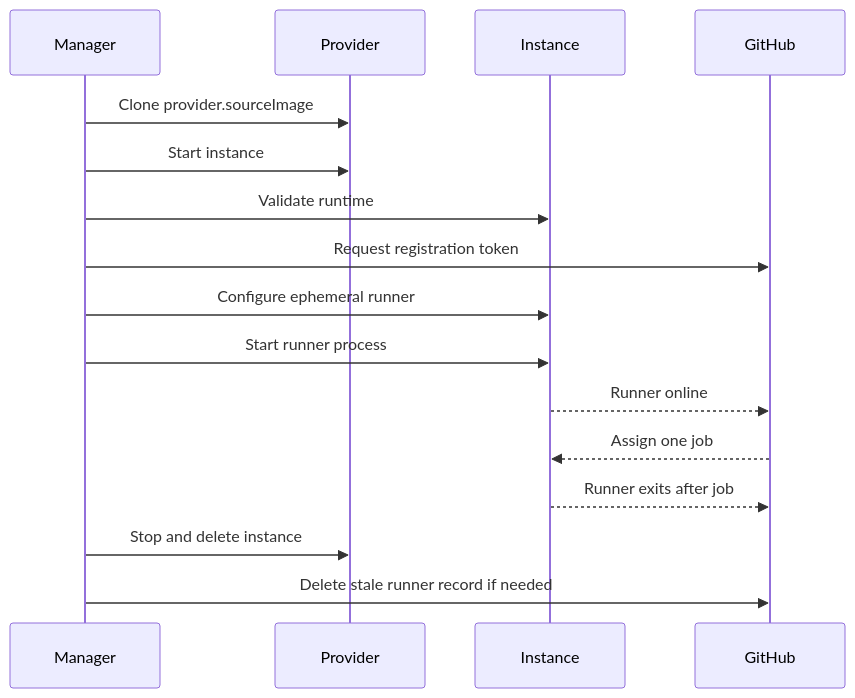
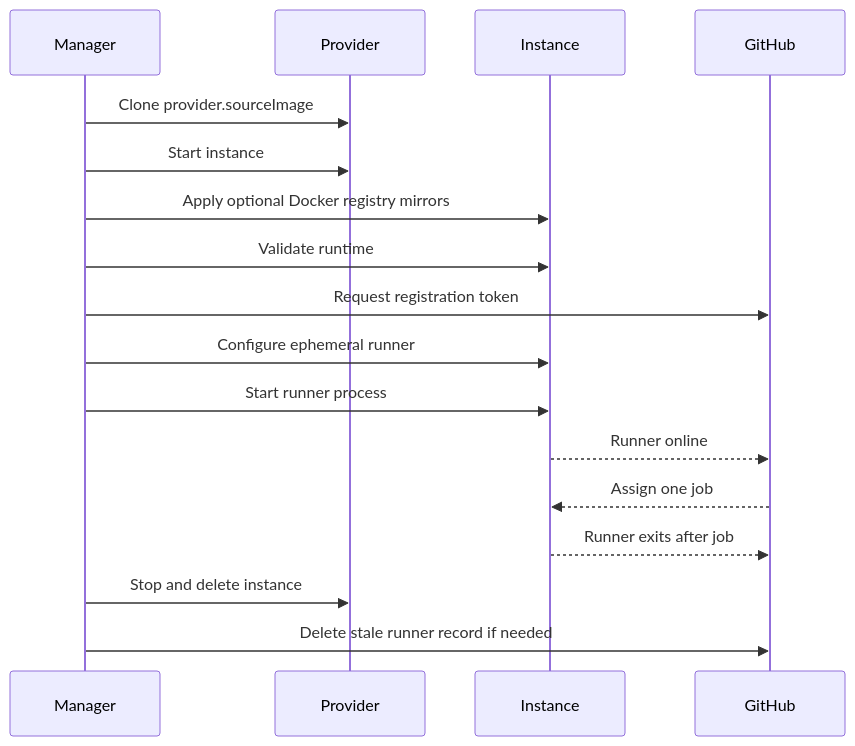
Before and after one commit to solutionforest/ephemeral-action-runner: the second of 2 diagrams in docs/design.md, drawn with Mermaid. The commit also changed other lines of this file and 25 other files, not shown here.

Commit message:
Add Docker registry mirror support

````diff
--- a/docs/design.md
+++ b/docs/design.md
@@ -35,18 +36,19 @@
 ```mermaid
 sequenceDiagram
   participant M as Manager
   participant P as Provider
   participant I as Instance
   participant G as GitHub
   M->>P: Clone provider.sourceImage
   M->>P: Start instance
+  M->>I: Apply optional Docker registry mirrors
   M->>I: Validate runtime
   M->>G: Request registration token
   M->>I: Configure ephemeral runner
   M->>I: Start runner process
   I-->>G: Runner online
   G-->>I: Assign one job
   I-->>G: Runner exits after job
   M->>P: Stop and delete instance
   M->>G: Delete stale runner record if needed
 ```
````
